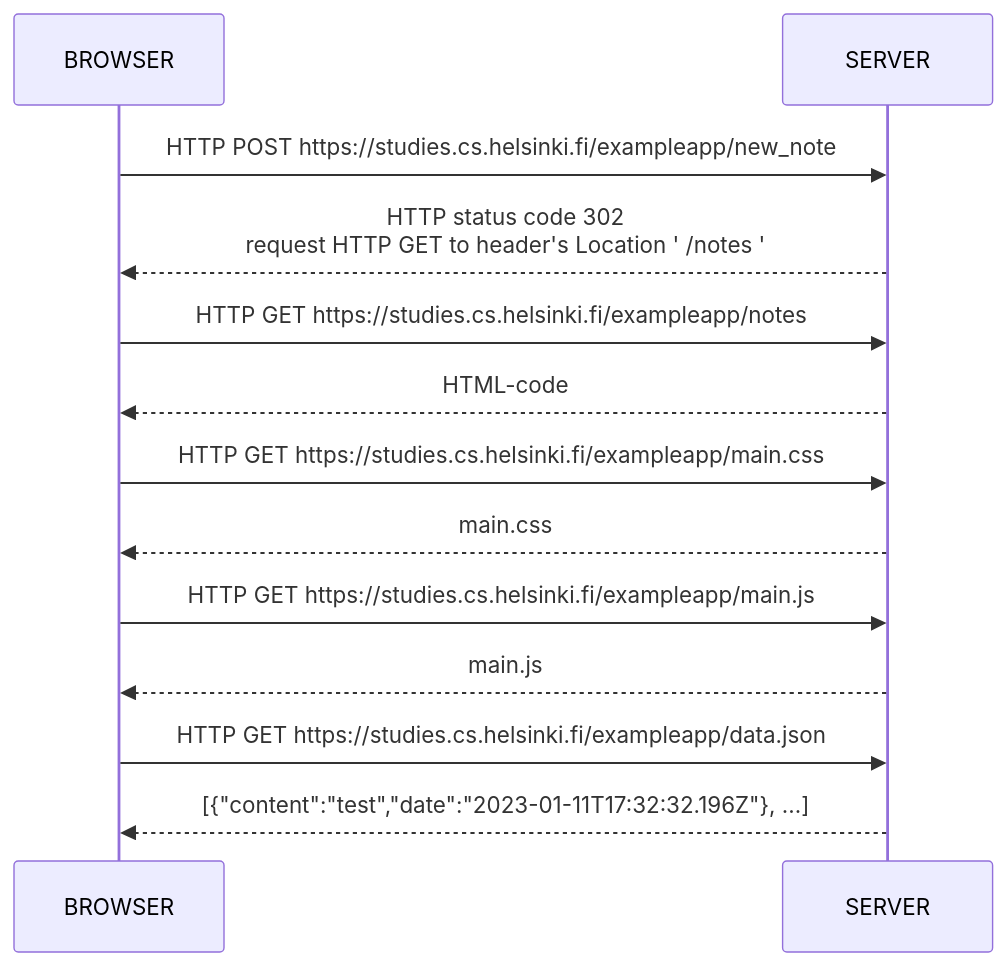
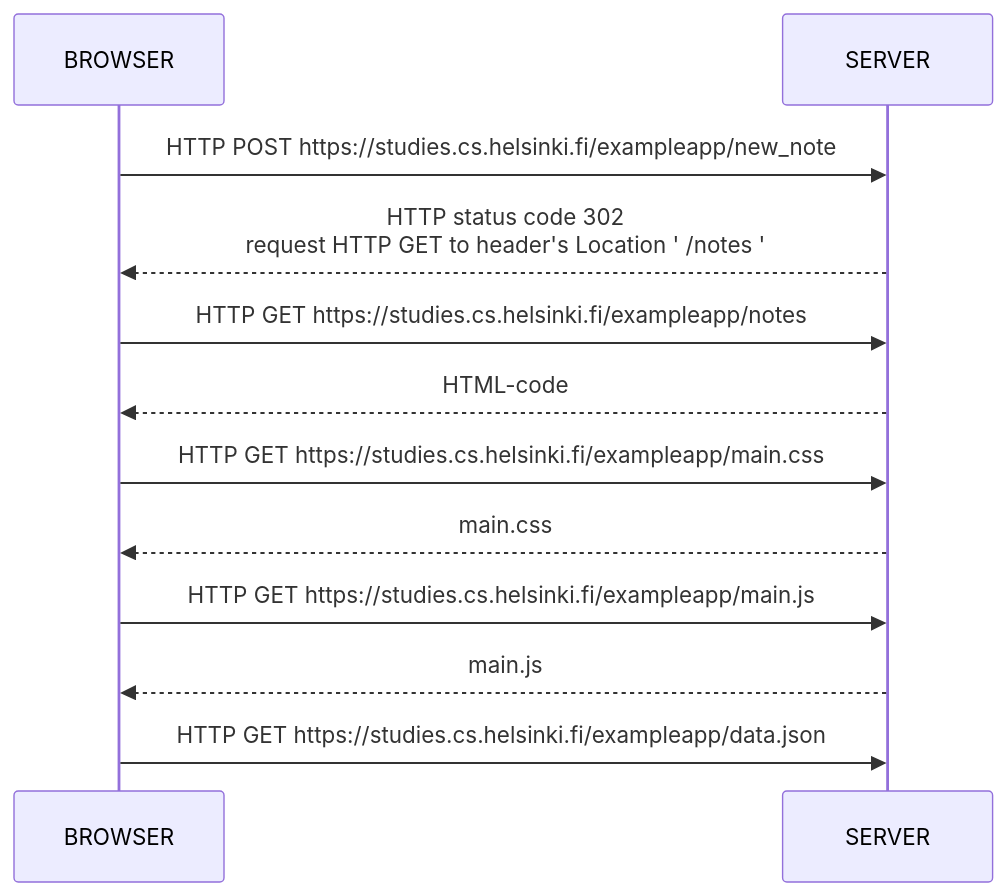
One commit to OVCZAR/Zawodowy changed the diagram in Folder/0.4.md. Above: the diagram before and after it, drawn with Mermaid.

````diff
--- a/Folder/0.4.md
+++ b/Folder/0.4.md
@@ -1,18 +1,15 @@
 ```mermaid
 sequenceDiagram
 
     BROWSER->>SERVER: HTTP POST https://studies.cs.helsinki.fi/exampleapp/new_note
     SERVER-->>BROWSER: HTTP status code 302 <br> request HTTP GET to header's Location ' /notes '
     BROWSER->>SERVER: HTTP GET https://studies.cs.helsinki.fi/exampleapp/notes
     SERVER-->>BROWSER: HTML-code
     BROWSER->>SERVER: HTTP GET https://studies.cs.helsinki.fi/exampleapp/main.css
     SERVER-->>BROWSER: main.css
     BROWSER->>SERVER: HTTP GET https://studies.cs.helsinki.fi/exampleapp/main.js
     SERVER-->>BROWSER: main.js
 
     BROWSER->>SERVER: HTTP GET https://studies.cs.helsinki.fi/exampleapp/data.json
-    SERVER-->>BROWSER: [{"content":"test","date":"2023-01-11T17:32:32.196Z"}, ...]
-
-
 
 ```
````
